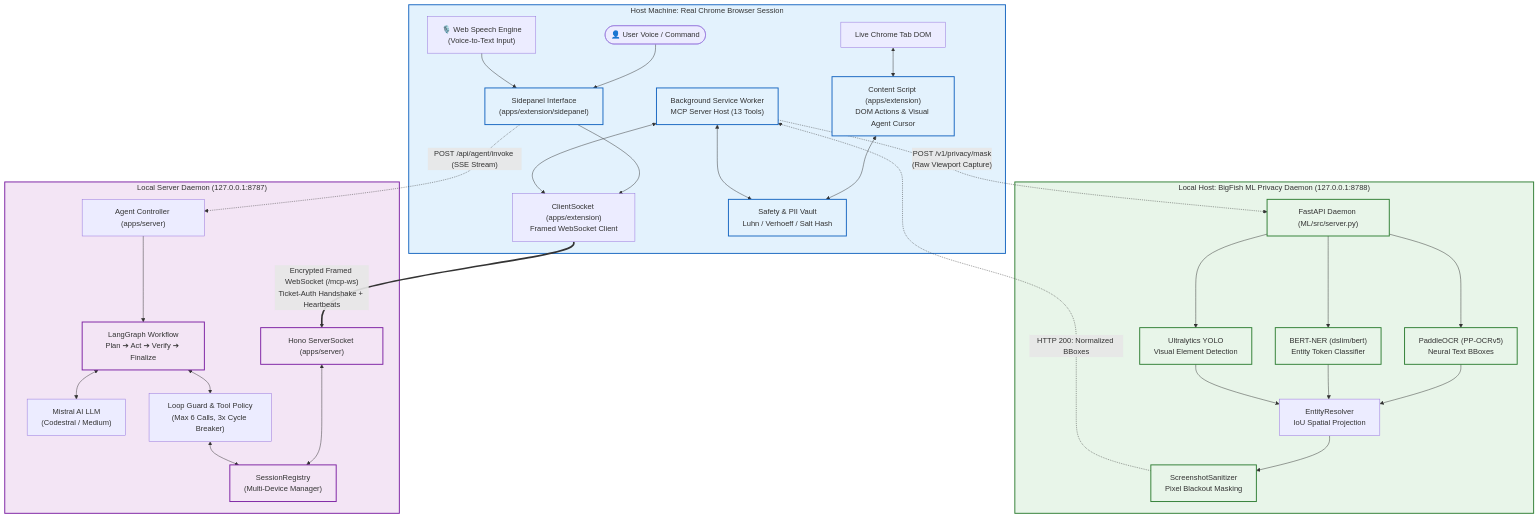
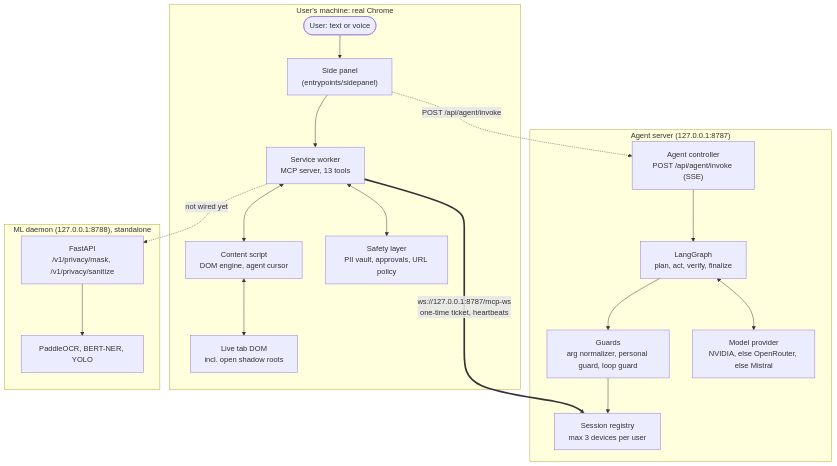
The diagram in README.md (Coder-Aryan09/BigFish), drawn with Mermaid before and after one commit. The commit also changed other lines of this file and 5 other files, not shown here.

````diff
--- a/README.md
+++ b/README.md
@@ -132,43 +142,25 @@
 ```mermaid
 flowchart TD
-    subgraph Client["Host Machine: Real Chrome Browser Session"]
-        User(["👤 User Voice / Command"]) --> UI["Sidepanel Interface<br/>(apps/extension/sidepanel)"]
-        Voice["🎙️ Web Speech Engine<br/>(Voice-to-Text Input)"] --> UI
-        UI --> ClientWS["ClientSocket (apps/extension)<br/>Framed WebSocket Client"]
-        
-        DOM["Live Chrome Tab DOM"] <--> ContentScript["Content Script (apps/extension)<br/>DOM Actions & Visual Agent Cursor"]
-        ContentScript <--> SafetyEngine["Safety & PII Vault<br/>Luhn / Verhoeff / Salt Hash"]
-        
-        BackgroundWorker["Background Service Worker<br/>MCP Server Host (13 Tools)"] <--> SafetyEngine
-        BackgroundWorker <--> ClientWS
+    subgraph Client["User's machine: real Chrome"]
+        User(["User: text or voice"]) --> UI["Side panel<br/>(entrypoints/sidepanel)"]
+        UI --> SW["Service worker<br/>MCP server, 13 tools"]
+        SW <--> CS["Content script<br/>DOM engine, agent cursor"]
+        CS <--> DOM["Live tab DOM<br/>incl. open shadow roots"]
+        SW <--> Vault["Safety layer<br/>PII vault, approvals, URL policy"]
     end
 
-    subgraph ML_Daemon["Local Host: BigFish ML Privacy Daemon (127.0.0.1:8788)"]
-        BackgroundWorker -. "POST /v1/privacy/mask<br/>(Raw Viewport Capture)" .-> MLServer["FastAPI Daemon (ML/src/server.py)"]
-        MLServer --> OCR["PaddleOCR (PP-OCRv5)<br/>Neural Text BBoxes"]
-        MLServer --> NER["BERT-NER (dslim/bert)<br/>Entity Token Classifier"]
-        MLServer --> YOLO["Ultralytics YOLO<br/>Visual Element Detection"]
-        OCR & NER & YOLO --> Resolver["EntityResolver<br/>IoU Spatial Projection"]
-        Resolver --> Sanitizer["ScreenshotSanitizer<br/>Pixel Blackout Masking"]
-        Sanitizer -. "HTTP 200: Normalized BBoxes" .-> BackgroundWorker
+    subgraph Server["Agent server (127.0.0.1:8787)"]
+        Ctrl["Agent controller<br/>POST /api/agent/invoke (SSE)"] --> Graph["LangGraph<br/>plan, act, verify, finalize"]
+        Graph --> Guards["Guards<br/>arg normalizer, personal guard, loop guard"]
+        Guards --> Registry["Session registry<br/>max 3 devices per user"]
+        Graph <--> LLM["Model provider<br/>NVIDIA, else OpenRouter, else Mistral"]
     end
 
-    subgraph Server["Local Server Daemon (127.0.0.1:8787)"]
-        ClientWS == "Encrypted Framed WebSocket (/mcp-ws)<br/>Ticket-Auth Handshake + Heartbeats" ==> ServerWS["Hono ServerSocket (apps/server)"]
-        ServerWS <--> Registry["SessionRegistry<br/>(Multi-Device Manager)"]
-        
-        UI -. "POST /api/agent/invoke (SSE Stream)" .-> AgentController["Agent Controller (apps/server)"]
-        AgentController --> LangGraph["LangGraph Workflow<br/>Plan ➔ Act ➔ Verify ➔ Finalize"]
-        
-        LangGraph <--> Mistral["Mistral AI LLM<br/>(Codestral / Medium)"]
-        LangGraph <--> ToolPolicy["Loop Guard & Tool Policy<br/>(Max 6 Calls, 3x Cycle Breaker)"]
-        ToolPolicy <--> Registry
+    subgraph ML["ML daemon (127.0.0.1:8788), standalone"]
+        MLApi["FastAPI<br/>/v1/privacy/mask, /v1/privacy/sanitize"] --> Models["PaddleOCR, BERT-NER, YOLO"]
     end
 
-    classDef client fill:#e3f2fd,stroke:#1565c0,stroke-width:2px;
-    classDef server fill:#f3e5f5,stroke:#7b1fa2,stroke-width:2px;
-    classDef ml fill:#e8f5e9,stroke:#2e7d32,stroke-width:2px;
-    class Client,UI,ContentScript,BackgroundWorker,SafetyEngine client;
-    class Server,ServerWS,LangGraph,Registry server;
-    class ML_Daemon,MLServer,OCR,NER,YOLO,Sanitizer ml;
+    UI -. "POST /api/agent/invoke" .-> Ctrl
+    SW == "ws://127.0.0.1:8787/mcp-ws<br/>one-time ticket, heartbeats" ==> Registry
+    SW -. "not wired yet" .-> MLApi
 ```
````
